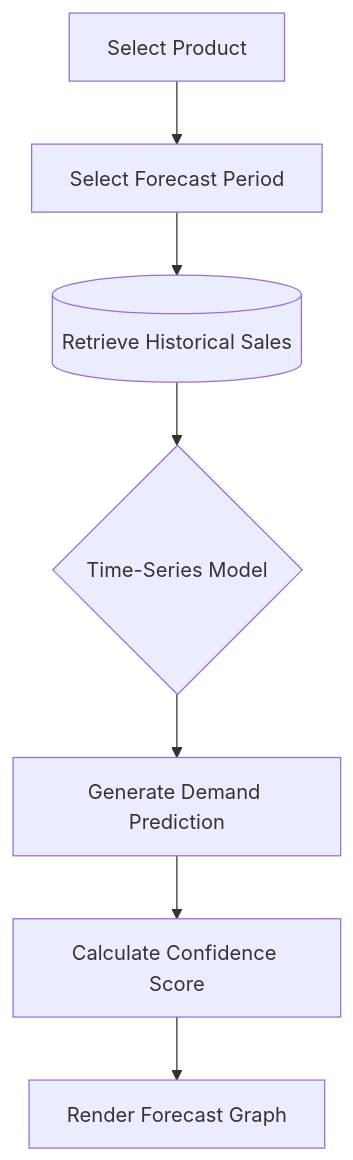
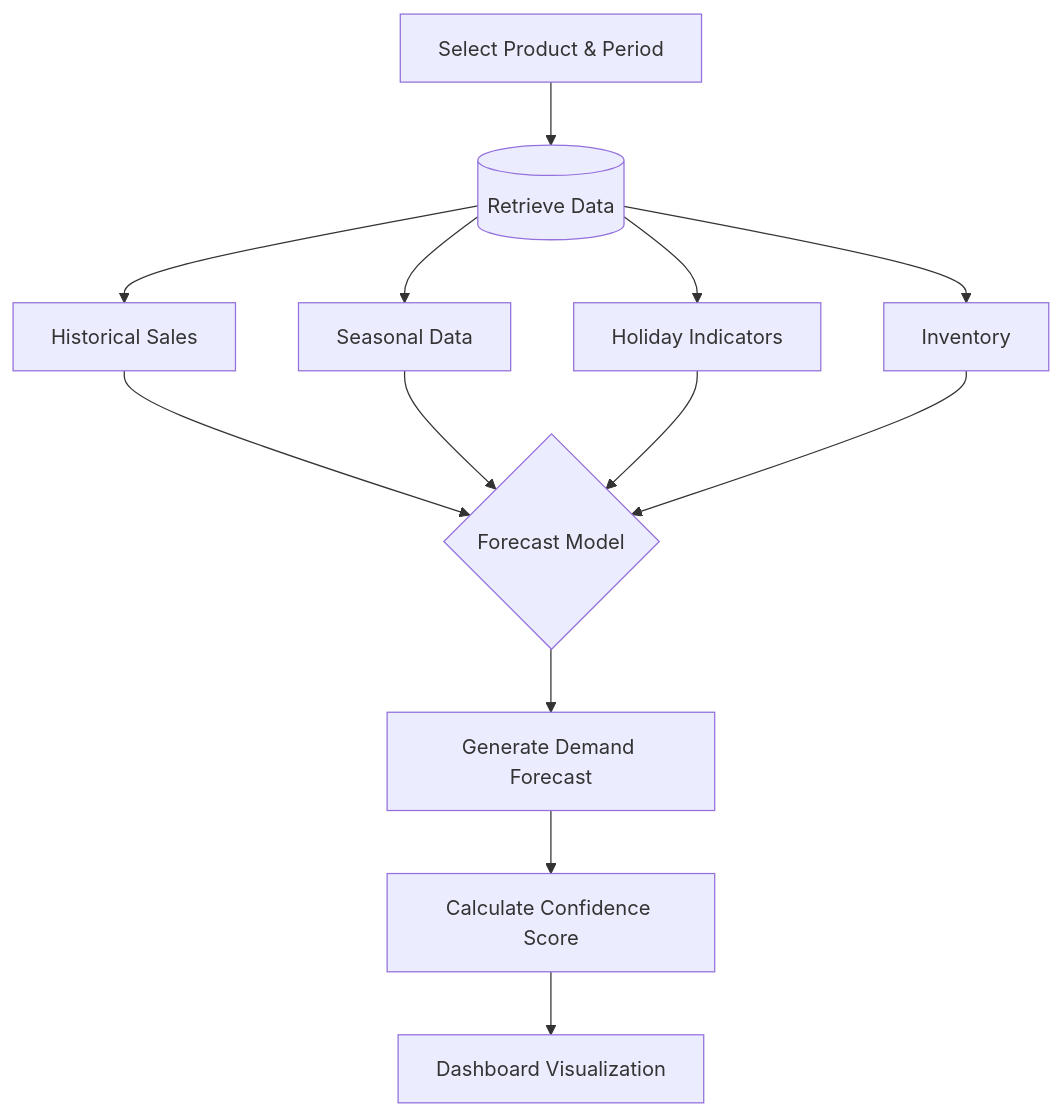
Before and after one commit to KMohammedsadiq/Dynamic-Pricing-Optimization-and-Revenue-Intelligence-Platform-K_Mohammad_Sadik: the fifth of 10 diagrams in docs/04_Workflow_Planning.md, drawn with Mermaid. The commit also changed other lines of this file, not shown here.

````diff
--- a/docs/04_Workflow_Planning.md
+++ b/docs/04_Workflow_Planning.md
@@ -96,9 +131,12 @@
 ```mermaid
 flowchart TD
-    A[Select Product] --> B[Select Forecast Period]
-    B --> C[(Retrieve Historical Sales)]
-    C --> D{Time-Series Model}
-    D --> E[Generate Demand Prediction]
-    E --> F[Calculate Confidence Score]
-    F --> G[Render Forecast Graph]
+    A[Select Product & Period] --> B[(Retrieve Data)]
+    B --> B1[Historical Sales]
+    B --> B2[Seasonal Data]
+    B --> B3[Holiday Indicators]
+    B --> B4[Inventory]
+    B1 & B2 & B3 & B4 --> C{Forecast Model}
+    C --> D[Generate Demand Forecast]
+    D --> E[Calculate Confidence Score]
+    E --> F[Dashboard Visualization]
 ```
````
